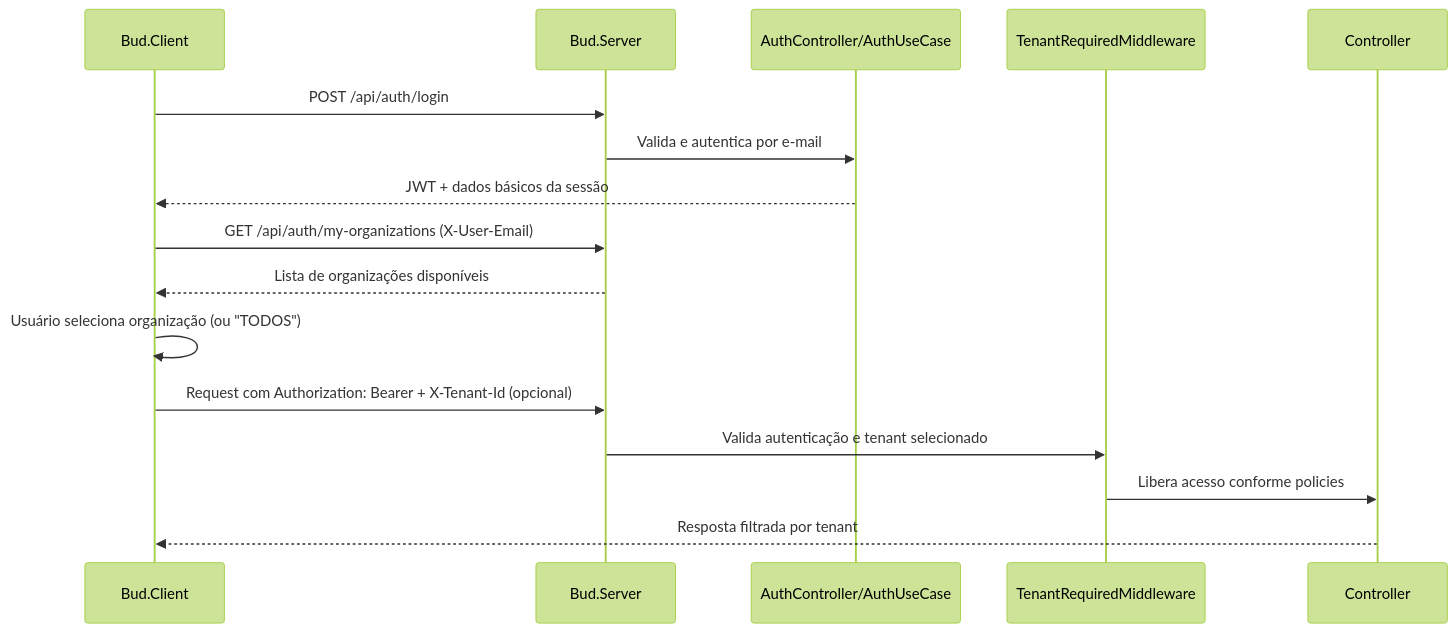
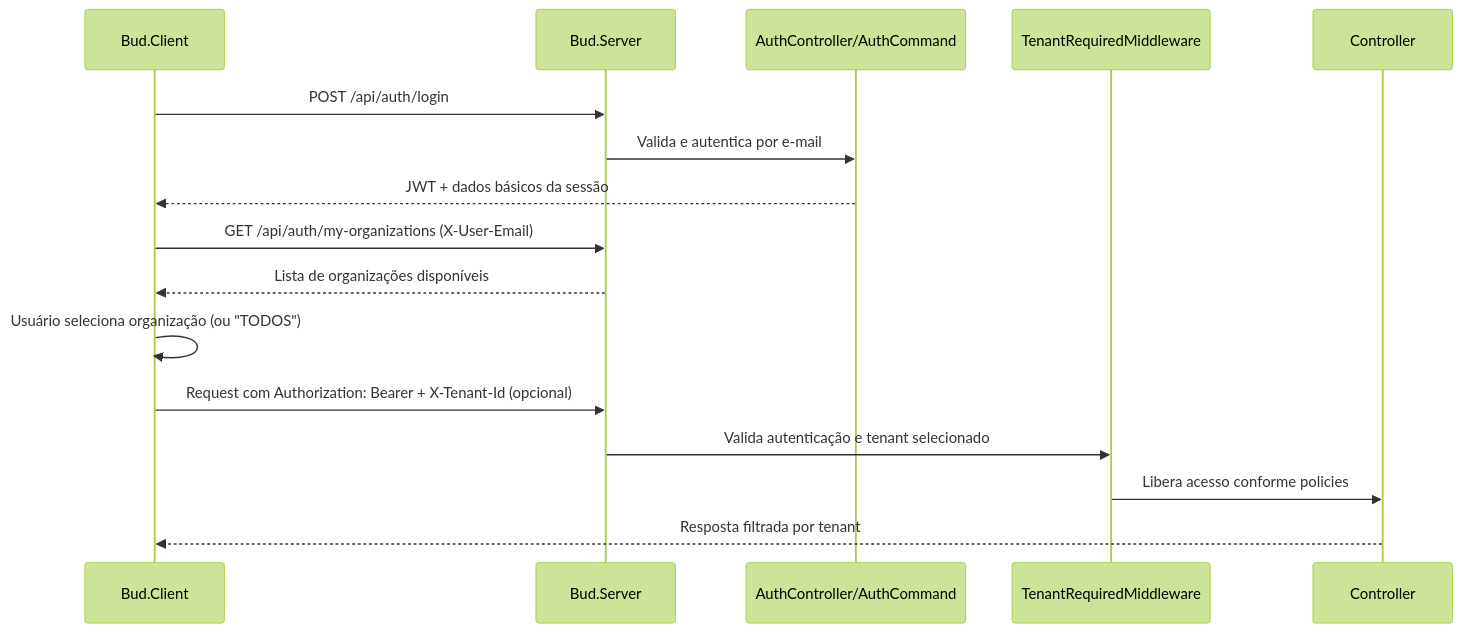
One commit to dsbraz/bud changed the fourth of 10 diagrams in README.md. Above: the diagram before and after it, drawn with Mermaid (forest theme). The commit also changed other lines of this file and 155 other files, not shown here.

````diff
--- a/README.md
+++ b/README.md
@@ -188,21 +188,21 @@
 ```mermaid
 sequenceDiagram
     participant UI as Bud.Client
     participant API as Bud.Server
-    participant AUTH as AuthController/AuthUseCase
+    participant AUTH as AuthController/AuthCommand
     participant TENANT as TenantRequiredMiddleware
     participant CTRL as Controller
 
     UI->>API: POST /api/auth/login
     API->>AUTH: Valida e autentica por e-mail
     AUTH-->>UI: JWT + dados básicos da sessão
 
     UI->>API: GET /api/auth/my-organizations (X-User-Email)
     API-->>UI: Lista de organizações disponíveis
 
     UI->>UI: Usuário seleciona organização (ou "TODOS")
     UI->>API: Request com Authorization: Bearer + X-Tenant-Id (opcional)
     API->>TENANT: Valida autenticação e tenant selecionado
     TENANT->>CTRL: Libera acesso conforme policies
     CTRL-->>UI: Resposta filtrada por tenant
 ```
````
